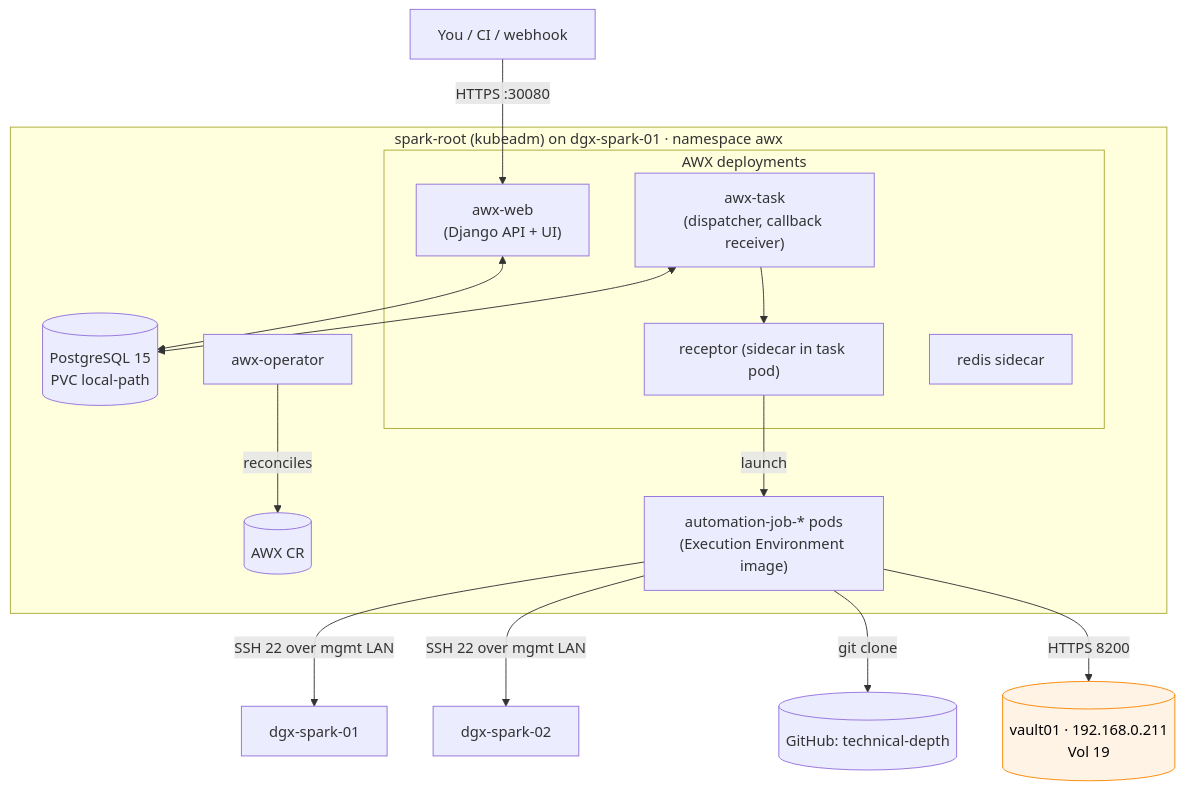
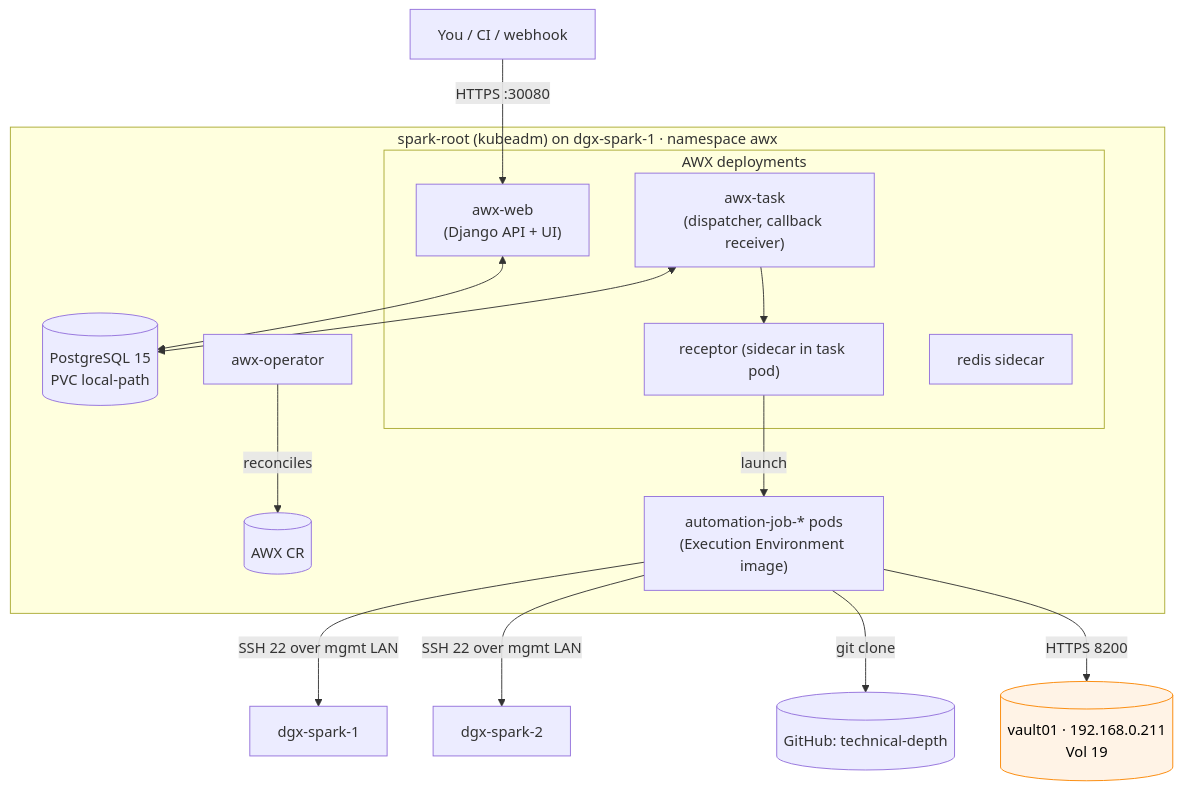
Before and after one commit to cloudone365/technical-depth: the first of 2 diagrams in 01 Ansible/02-ansible-tower-awx-deep-dive.md, drawn with Mermaid. The commit also changed other lines of this file and 91 other files, not shown here.

First line of the commit message:
Rename the Spark hosts to dgx-spark-1 / dgx-spark-2

````diff
--- a/01 Ansible/02-ansible-tower-awx-deep-dive.md
+++ b/01 Ansible/02-ansible-tower-awx-deep-dive.md
@@ -29,23 +29,23 @@
 ```mermaid
 flowchart TB
   U["You / CI / webhook"] -->|HTTPS :30080| WEB
-  subgraph ROOT["spark-root (kubeadm) on dgx-spark-01 · namespace awx"]
+  subgraph ROOT["spark-root (kubeadm) on dgx-spark-1 · namespace awx"]
     OP[awx-operator] -->|reconciles| CR[(AWX CR)]
     subgraph AWXPOD[AWX deployments]
       WEB["awx-web<br/>(Django API + UI)"]
       TASK["awx-task<br/>(dispatcher, callback receiver)"]
       RCPT["receptor (sidecar in task pod)"]
       REDIS[redis sidecar]
     end
     PG[(PostgreSQL 15<br/>PVC local-path)]
     JOB["automation-job-* pods<br/>(Execution Environment image)"]
   end
   WEB <--> PG
   TASK <--> PG
   TASK --> RCPT -->|launch| JOB
-  JOB -->|SSH 22 over mgmt LAN| S1[dgx-spark-01] & S2[dgx-spark-02]
+  JOB -->|SSH 22 over mgmt LAN| S1[dgx-spark-1] & S2[dgx-spark-2]
   JOB -->|git clone| GH[(GitHub: technical-depth)]
   JOB -->|HTTPS 8200| V[("vault01 · 192.168.0.211<br/>Vol 19")]
   classDef mgmt fill:#fff3e6,stroke:#fb8500,color:#000
   class V mgmt
 ```
````
